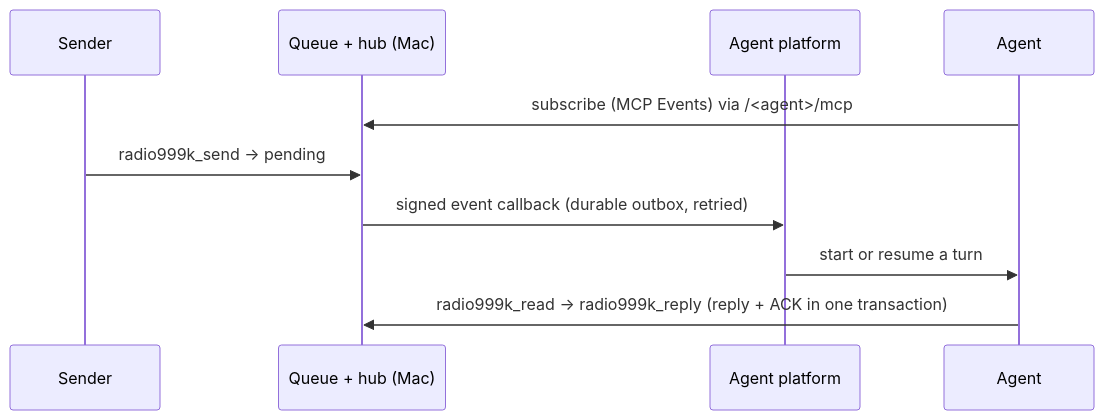
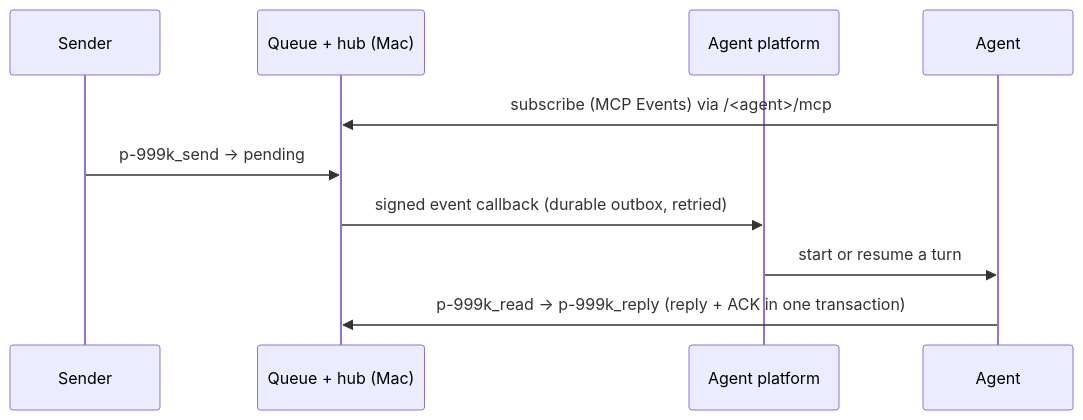
One commit to lazy9sascha/999k changed the third of 5 diagrams in docs/architecture.md. Above: the diagram before and after it, drawn with Mermaid. The commit also changed other lines of this file and 93 other files, not shown here.

````diff
--- a/docs/architecture.md
+++ b/docs/architecture.md
@@ -106,12 +106,12 @@
 ```mermaid
 sequenceDiagram
     participant S as Sender
     participant Q as Queue + hub (Mac)
     participant P as Agent platform
     participant A as Agent
     A->>Q: subscribe (MCP Events) via /<agent>/mcp
-    S->>Q: radio999k_send → pending
+    S->>Q: p-999k_send → pending
     Q->>P: signed event callback (durable outbox, retried)
     P->>A: start or resume a turn
-    A->>Q: radio999k_read → radio999k_reply (reply + ACK in one transaction)
+    A->>Q: p-999k_read → p-999k_reply (reply + ACK in one transaction)
 ```
````
